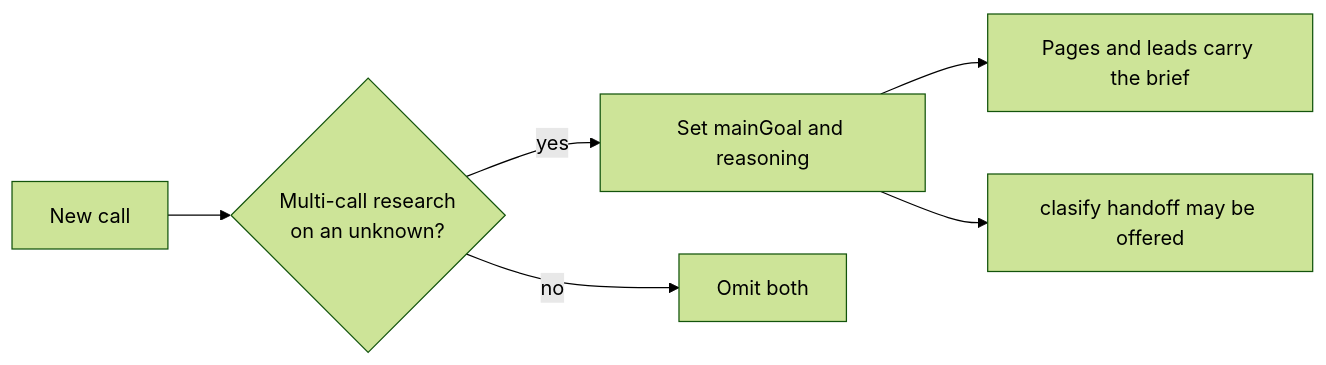
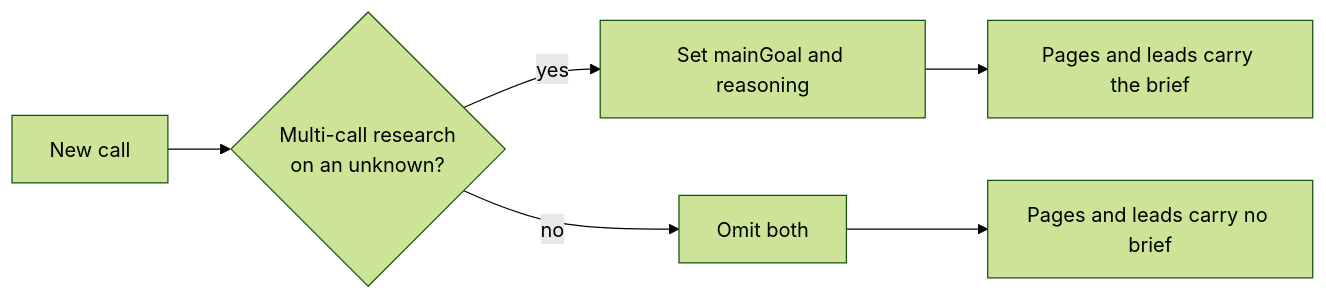
One commit to bgauryy/octocode changed the tenth of 11 diagrams in docs/OCTOCODE_WORKFLOWS.md. Above: the diagram before and after it, drawn with Mermaid (forest theme). The commit also changed other lines of this file and 982 other files, not shown here.

````diff
--- a/docs/OCTOCODE_WORKFLOWS.md
+++ b/docs/OCTOCODE_WORKFLOWS.md
@@ -216,8 +283,8 @@
 ```mermaid
 flowchart LR
   Q[New call] --> U{Multi-call research<br/>on an unknown?}
   U -- yes --> B[Set mainGoal and reasoning]
   U -- no --> O[Omit both]
   B --> H[Pages and leads carry the brief]
-  B --> C[clasify handoff may be offered]
+  O --> H2[Pages and leads carry no brief]
 ```
````
